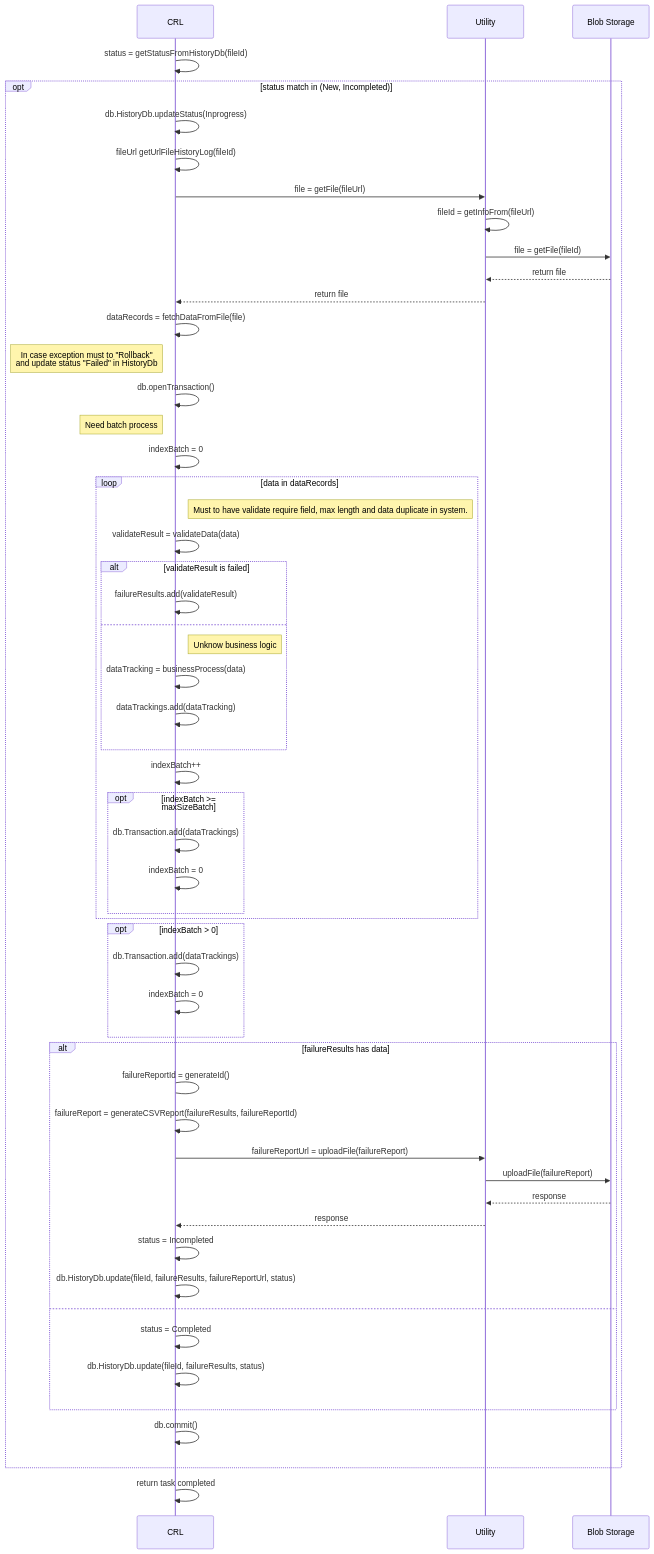
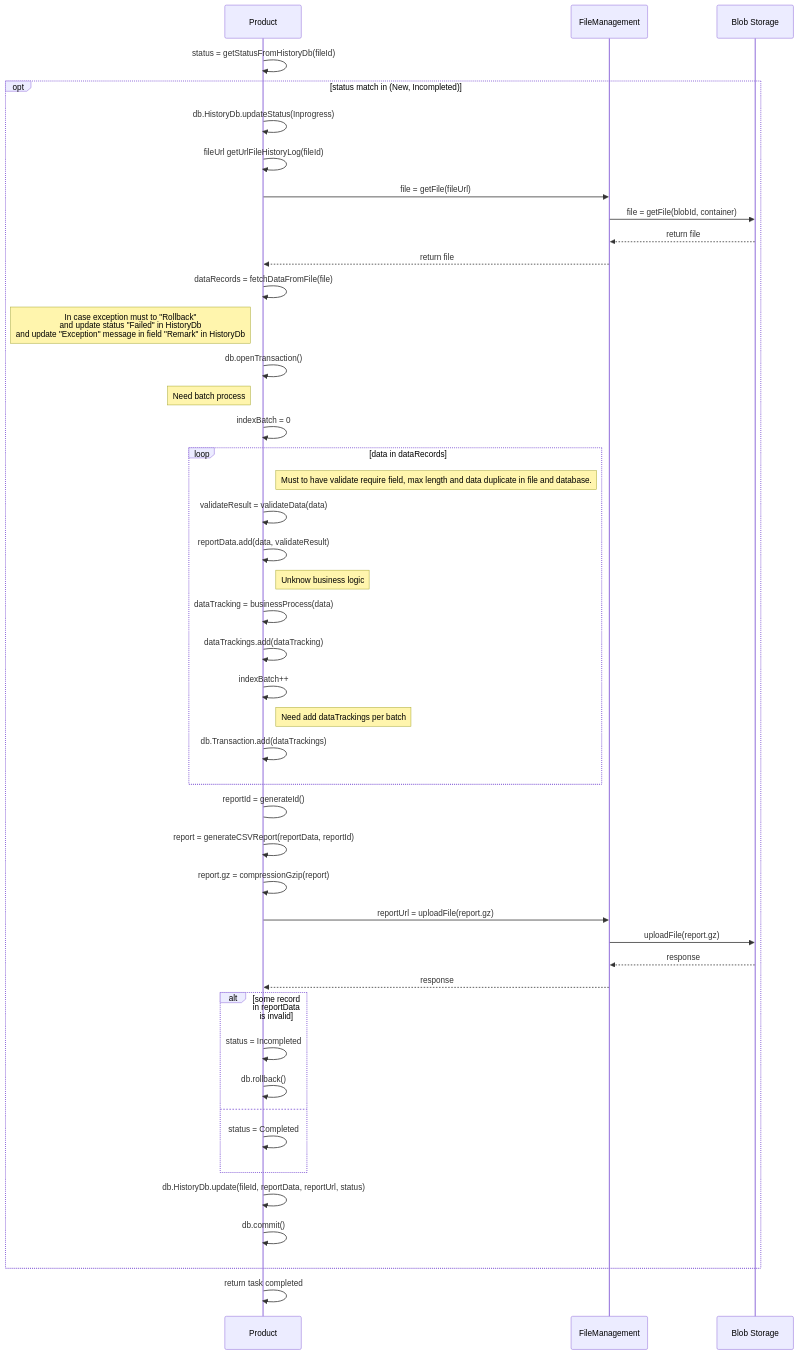
Before and after one commit to rosered11/org_document: the diagram in SPC/CRL/Sequence/proces-flow2.md, drawn with Mermaid. The commit also changed 2 other files, not shown here.

Commit message:
update lasted spec

````diff
--- a/SPC/CRL/Sequence/proces-flow2.md
+++ b/SPC/CRL/Sequence/proces-flow2.md
@@ -1,56 +1,47 @@
 ```mermaid
 sequenceDiagram
-    participant CRL
-    participant Utility
+    participant Product
+    participant FileManagement
     participant Blob Storage
-    CRL->>CRL: status = getStatusFromHistoryDb(fileId)
+    Product->>Product: status = getStatusFromHistoryDb(fileId)
     opt status match in (New, Incompleted)
-        CRL->>CRL: db.HistoryDb.updateStatus(Inprogress)
-        CRL->>CRL: fileUrl getUrlFileHistoryLog(fileId)
-        CRL->>Utility: file = getFile(fileUrl)
-        Utility->>Utility: fileId = getInfoFrom(fileUrl)
-        Utility->>Blob Storage: file = getFile(fileId)
-        Blob Storage-->>Utility: return file
-        Utility-->>CRL: return file
-        CRL->>CRL: dataRecords = fetchDataFromFile(file)
-        Note left of CRL: In case exception must to "Rollback"<br/> and update status "Failed" in HistoryDb
-        CRL->>CRL: db.openTransaction()
-        Note left of CRL: Need batch process
-        CRL->>CRL: indexBatch = 0
+        Product->>Product: db.HistoryDb.updateStatus(Inprogress)
+        Product->>Product: fileUrl getUrlFileHistoryLog(fileId)
+        Product->>FileManagement: file = getFile(fileUrl)
+        FileManagement->>Blob Storage: file = getFile(blobId, container)
+        Blob Storage-->>FileManagement: return file
+        FileManagement-->>Product: return file
+        Product->>Product: dataRecords = fetchDataFromFile(file)
+        Note left of Product: In case exception must to "Rollback"<br/> and update status "Failed" in HistoryDb<br/> and update "Exception" message in field "Remark" in HistoryDb
+        Product->>Product: db.openTransaction()
+        Note left of Product: Need batch process
+        Product->>Product: indexBatch = 0
         loop data in dataRecords
-            Note right of CRL: Must to have validate require field, max length and data duplicate in system.
-            CRL->>CRL: validateResult = validateData(data)
-            alt validateResult is failed
-                CRL->>CRL: failureResults.add(validateResult)
-            else
-                Note right of CRL: Unknow business logic
-                CRL->>CRL: dataTracking = businessProcess(data)
-                CRL->>CRL: dataTrackings.add(dataTracking)
-            end
-            CRL->>CRL: indexBatch++
-            opt indexBatch >= maxSizeBatch
-                CRL->>CRL: db.Transaction.add(dataTrackings)
-                CRL->>CRL: indexBatch = 0
-            end
+            Note right of Product: Must to have validate require field, max length and data duplicate in file and database.
+            Product->>Product: validateResult = validateData(data)
+            Product->>Product: reportData.add(data, validateResult)
+            Note right of Product: Unknow business logic
+            Product->>Product: dataTracking = businessProcess(data)
+            Product->>Product: dataTrackings.add(dataTracking)
+            Product->>Product: indexBatch++
+            Note right of Product: Need add dataTrackings per batch
+            Product->>Product: db.Transaction.add(dataTrackings)
         end
-        opt indexBatch > 0
-            CRL->>CRL: db.Transaction.add(dataTrackings)
-            CRL->>CRL: indexBatch = 0
+        Product->Product: reportId = generateId()
+        Product->>Product: report = generateCSVReport(reportData, reportId)
+        Product->>Product: report.gz = compressionGzip(report)
+        Product->>FileManagement: reportUrl = uploadFile(report.gz)
+        FileManagement->>Blob Storage: uploadFile(report.gz)
+        Blob Storage-->>FileManagement: response
+        FileManagement-->>Product: response
+        alt some record in reportData is invalid
+            Product->>Product: status = Incompleted
+            Product->>Product: db.rollback()
+        else
+            Product->>Product: status = Completed
         end
-        alt failureResults has data
-            CRL->CRL: failureReportId = generateId()
-            CRL->>CRL: failureReport = generateCSVReport(failureResults, failureReportId)
-            CRL->>Utility: failureReportUrl = uploadFile(failureReport)
-            Utility->>Blob Storage: uploadFile(failureReport)
-            Blob Storage-->>Utility: response
-            Utility-->>CRL: response
-            CRL->>CRL: status = Incompleted
-            CRL->>CRL: db.HistoryDb.update(fileId, failureResults, failureReportUrl, status)
-        else
-            CRL->>CRL: status = Completed
-            CRL->>CRL: db.HistoryDb.update(fileId, failureResults, status)
-        end
-        CRL->>CRL: db.commit()
+        Product->>Product: db.HistoryDb.update(fileId, reportData, reportUrl, status)
+        Product->>Product: db.commit()
     end
-    CRL->>CRL: return task completed
+    Product->>Product: return task completed
 ```
````
